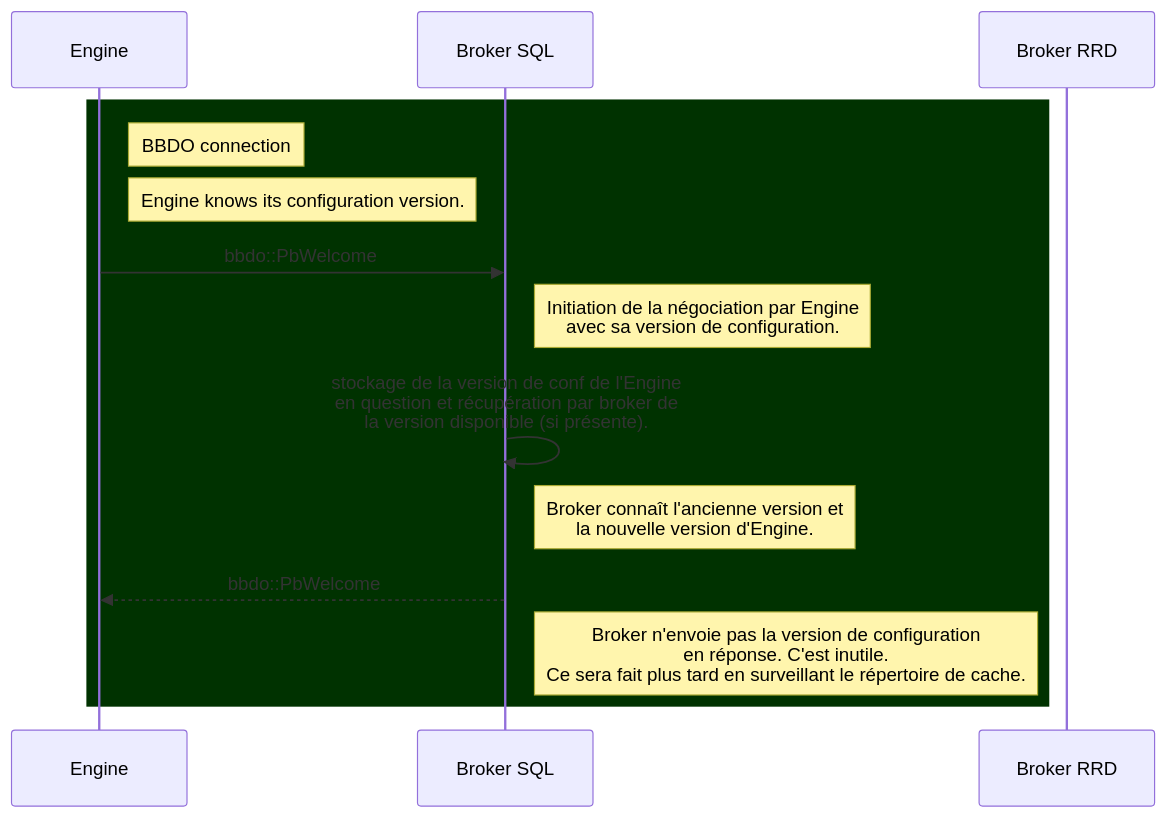
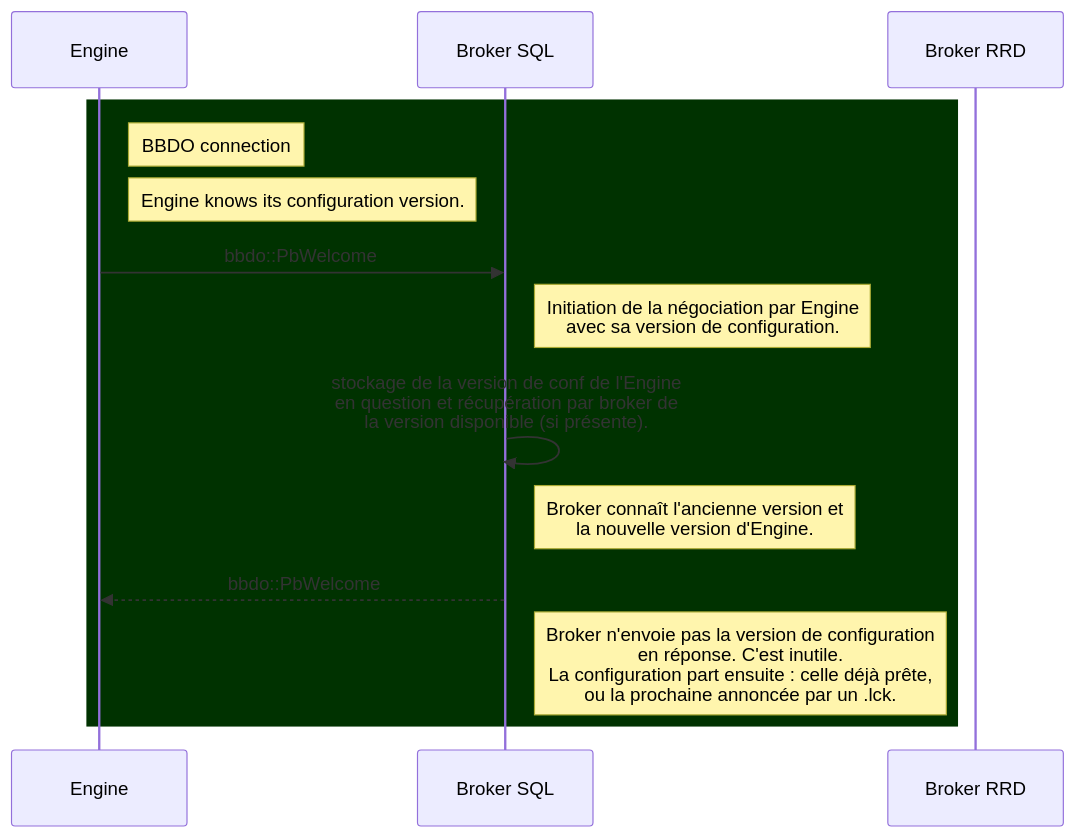
Before and after one commit to centreon/centreon-collect: the fifth of 50 diagrams in doc/nego-engine-broker-fr.md, drawn with Mermaid. The commit also changed other lines of this file and 2 other files, not shown here.

Commit message:
chore(doc): nego-engine-broker updated

````diff
--- a/doc/nego-engine-broker-fr.md
+++ b/doc/nego-engine-broker-fr.md
@@ -603,18 +600,18 @@
 ```mermaid
 sequenceDiagram
     participant E as Engine
     participant BS as Broker SQL
     participant BR as Broker RRD
 
     rect rgb(0, 50, 0)
     note right of E: BBDO connection
     note right of E: Engine knows its configuration version.
     E ->> BS: bbdo::PbWelcome
     note right of BS: Initiation de la négociation par Engine<br/>avec sa version de configuration.
 
     BS ->> BS: stockage de la version de conf de l'Engine<br/>en question et récupération par broker de<br/>la version disponible (si présente).
     note right of BS: Broker connaît l'ancienne version et<br/>la nouvelle version d'Engine.
     BS -->> E: bbdo::PbWelcome
-    note right of BS: Broker n'envoie pas la version de configuration<br/>en réponse. C'est inutile.<br/>Ce sera fait plus tard en surveillant le répertoire de cache.
+    note right of BS: Broker n'envoie pas la version de configuration<br/>en réponse. C'est inutile.<br/>La configuration part ensuite : celle déjà prête,<br/>ou la prochaine annoncée par un .lck.
     end
 ```
````
